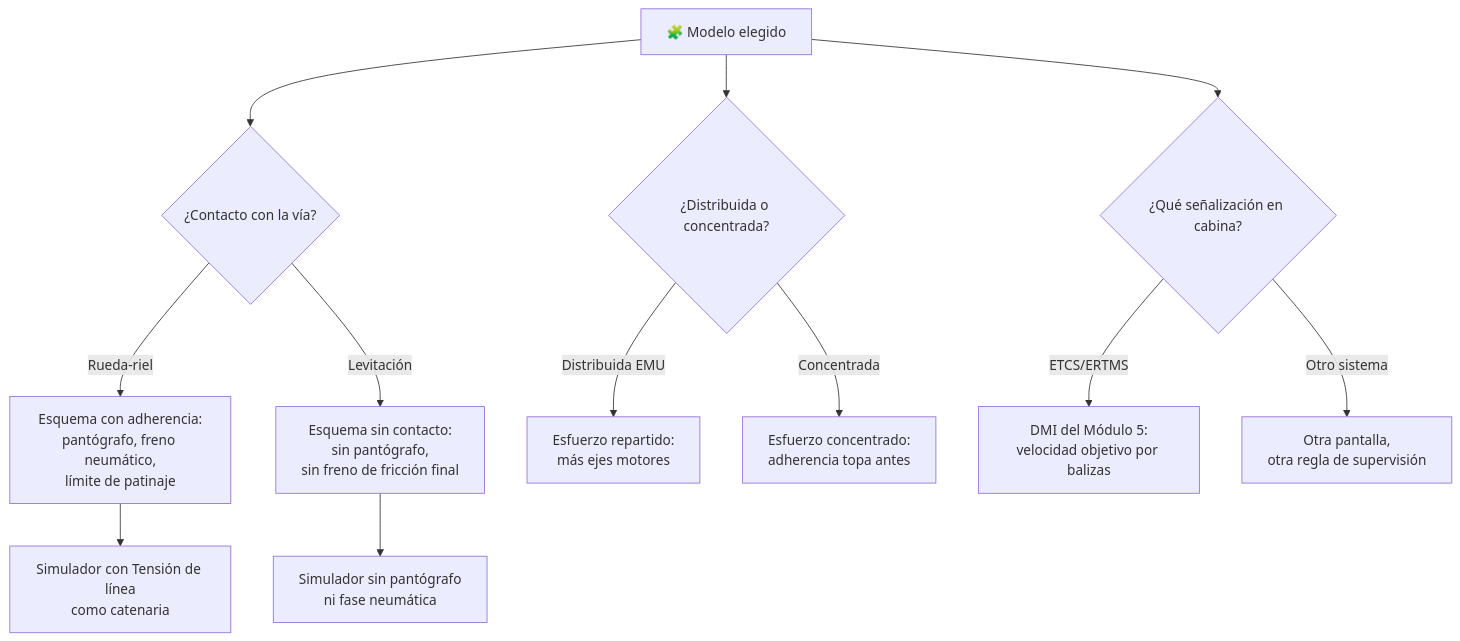
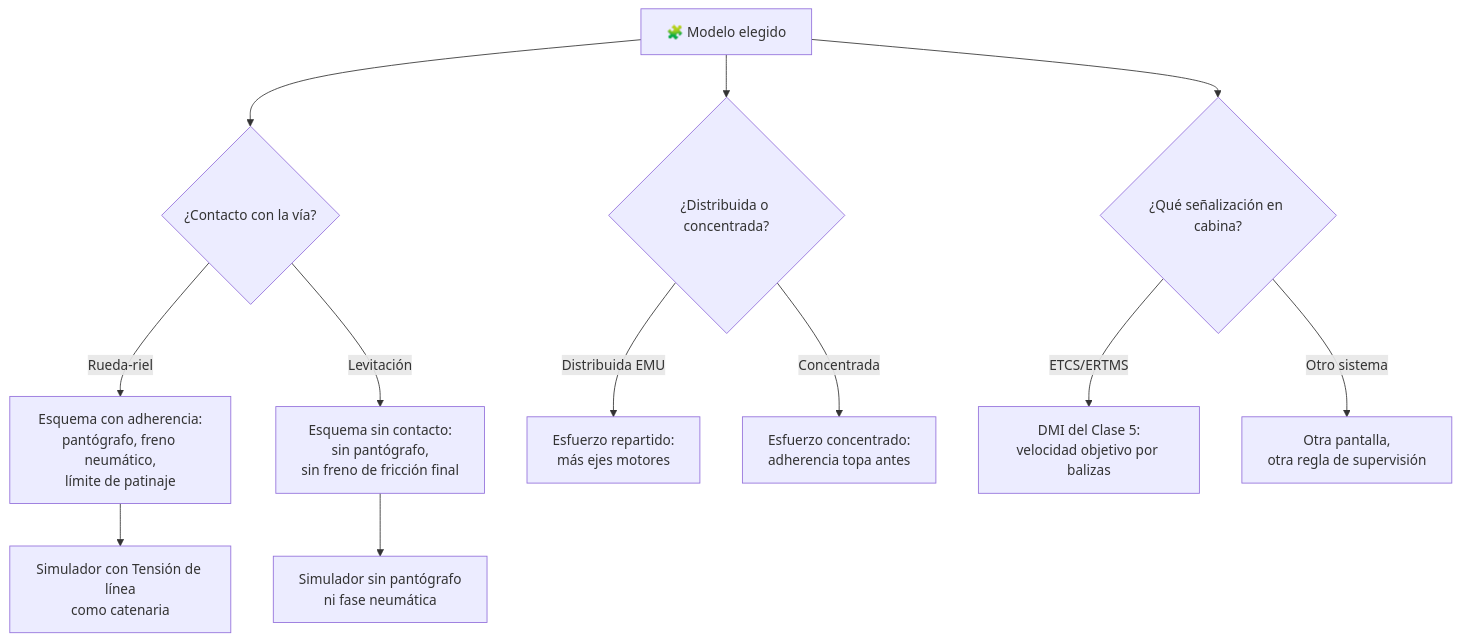
Before and after one commit to vladimiracunadev-create/machine-operator-program: the diagram in vehiculos/tren-alta-velocidad/modelos/modelos-tren-alta-velocidad.md, drawn with Mermaid. The commit also changed other lines of this file and 460 other files, not shown here.

````diff
--- a/vehiculos/tren-alta-velocidad/modelos/modelos-tren-alta-velocidad.md
+++ b/vehiculos/tren-alta-velocidad/modelos/modelos-tren-alta-velocidad.md
@@ -110,14 +110,14 @@
 ```mermaid
 flowchart TD
     Modelo[🧩 Modelo elegido] --> Contacto{¿Contacto con la vía?}
     Contacto -- Rueda-riel --> Adh[Esquema con adherencia:<br/>pantógrafo, freno neumático,<br/>límite de patinaje]
     Contacto -- Levitación --> Lev[Esquema sin contacto:<br/>sin pantógrafo,<br/>sin freno de fricción final]
     Adh --> Var1[Simulador con Tensión de línea<br/>como catenaria]
     Lev --> Var2[Simulador sin pantógrafo<br/>ni fase neumática]
     Modelo --> Trac{¿Distribuida o concentrada?}
     Trac -- Distribuida EMU --> Rep[Esfuerzo repartido:<br/>más ejes motores]
     Trac -- Concentrada --> Con[Esfuerzo concentrado:<br/>adherencia topa antes]
     Modelo --> Senal{¿Qué señalización en cabina?}
-    Senal -- ETCS/ERTMS --> DMI[DMI del Módulo 5:<br/>velocidad objetivo por balizas]
+    Senal -- ETCS/ERTMS --> DMI[DMI del Clase 5:<br/>velocidad objetivo por balizas]
     Senal -- Otro sistema --> Otro[Otra pantalla,<br/>otra regla de supervisión]
 ```
````
